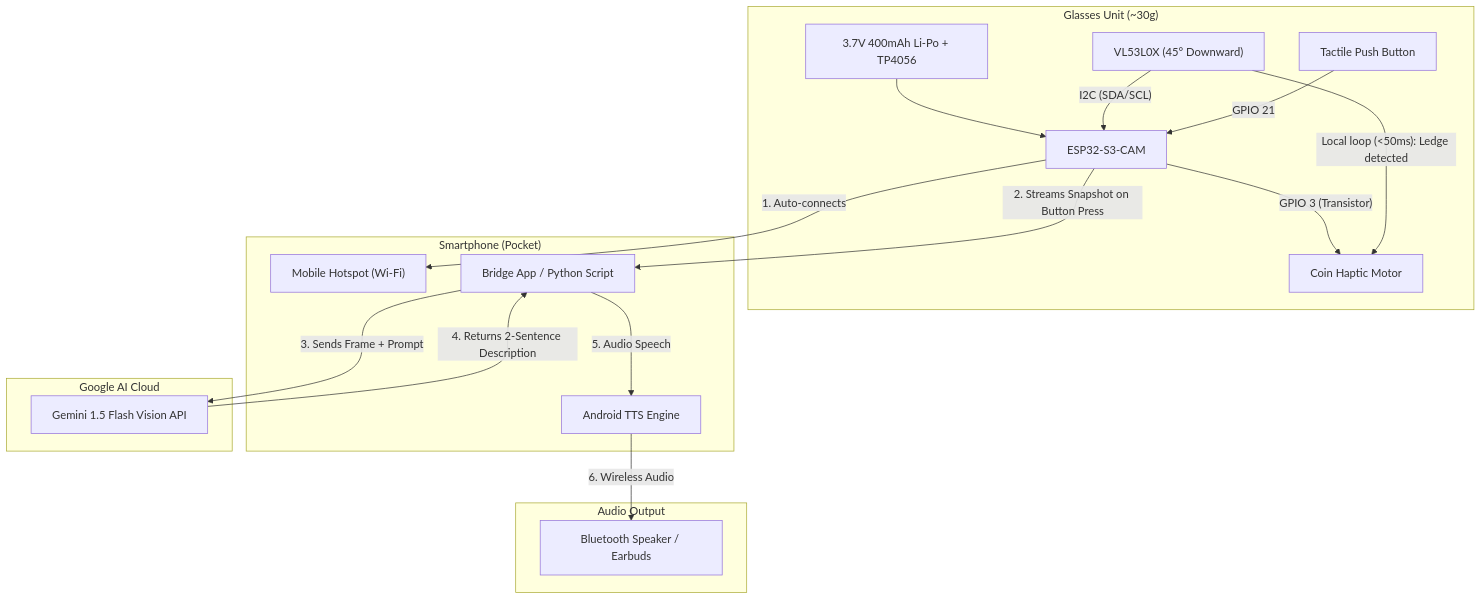
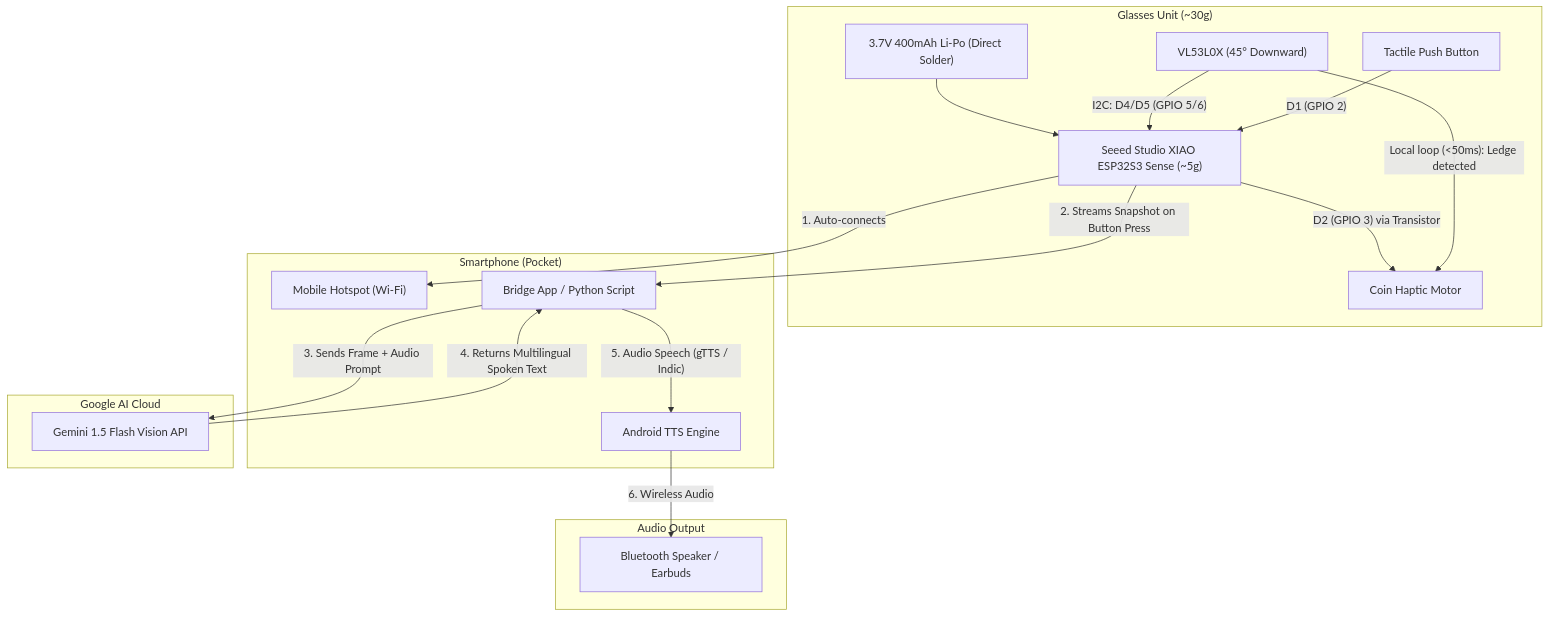
Before and after one commit to s4ngamsingh/SEVA-v1: the diagram in EXECUTION_PLAN.md, drawn with Mermaid. The commit also changed other lines of this file and 1 other file, not shown here.

Commit message:
Update BOM, pinouts, and execution plan to Seeed Studio XIAO ESP32S3 Sense

````diff
--- a/EXECUTION_PLAN.md
+++ b/EXECUTION_PLAN.md
@@ -12,32 +12,32 @@
 ```mermaid
 flowchart TD
     subgraph Glasses ["Glasses Unit (~30g)"]
-        BAT["3.7V 400mAh Li-Po + TP4056"] --> ESP["ESP32-S3-CAM"]
-        TOF["VL53L0X (45° Downward)"] -- "I2C (SDA/SCL)" --> ESP
-        BTN["Tactile Push Button"] -- "GPIO 21" --> ESP
-        ESP -- "GPIO 3 (Transistor)" --> HAP["Coin Haptic Motor"]
+        BAT["3.7V 400mAh Li-Po (Direct Solder)"] --> ESP["Seeed Studio XIAO ESP32S3 Sense (~5g)"]
+        TOF["VL53L0X (45° Downward)"] -- "I2C: D4/D5 (GPIO 5/6)" --> ESP
+        BTN["Tactile Push Button"] -- "D1 (GPIO 2)" --> ESP
+        ESP -- "D2 (GPIO 3) via Transistor" --> HAP["Coin Haptic Motor"]
     end
 
     subgraph Phone ["Smartphone (Pocket)"]
         HOT["Mobile Hotspot (Wi-Fi)"]
         APP["Bridge App / Python Script"]
         TTS["Android TTS Engine"]
     end
 
     subgraph Cloud ["Google AI Cloud"]
         GEM["Gemini 1.5 Flash Vision API"]
     end
 
     subgraph Output ["Audio Output"]
         SPK["Bluetooth Speaker / Earbuds"]
     end
 
     %% Communication Links
     ESP -- "1. Auto-connects" --> HOT
     ESP -- "2. Streams Snapshot on Button Press" --> APP
     TOF -- "Local loop (<50ms): Ledge detected" --> HAP
-    APP -- "3. Sends Frame + Prompt" --> GEM
-    GEM -- "4. Returns 2-Sentence Description" --> APP
-    APP -- "5. Audio Speech" --> TTS
+    APP -- "3. Sends Frame + Audio Prompt" --> GEM
+    GEM -- "4. Returns Multilingual Spoken Text" --> APP
+    APP -- "5. Audio Speech (gTTS / Indic)" --> TTS
     TTS -- "6. Wireless Audio" --> SPK
 ```
````
